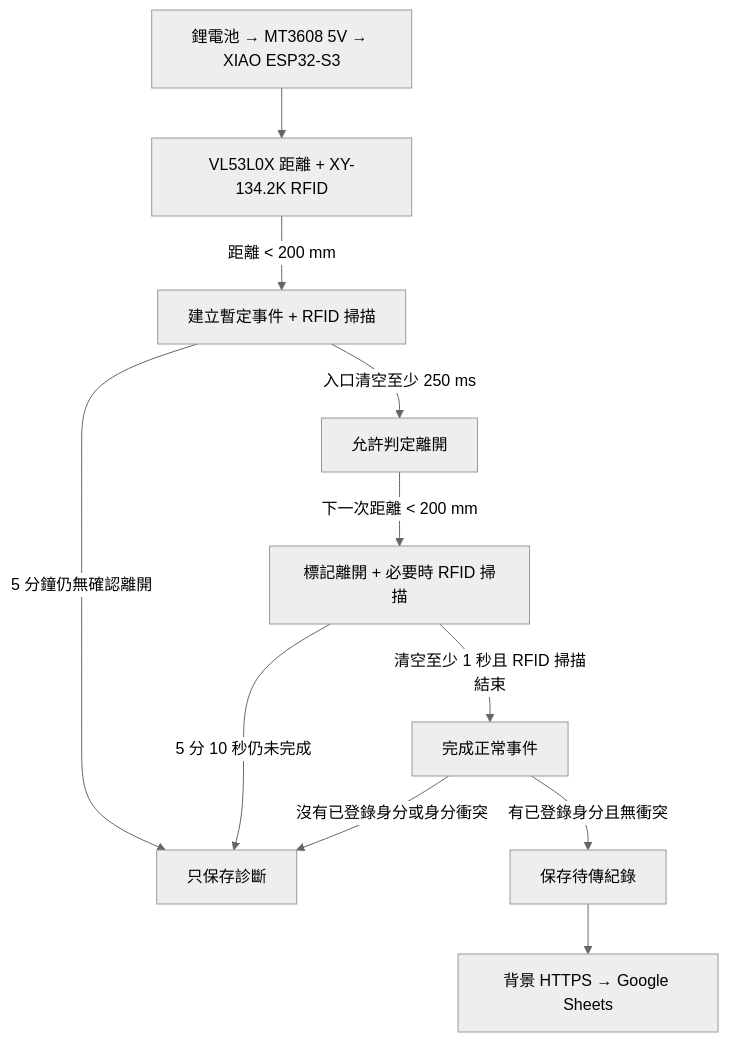
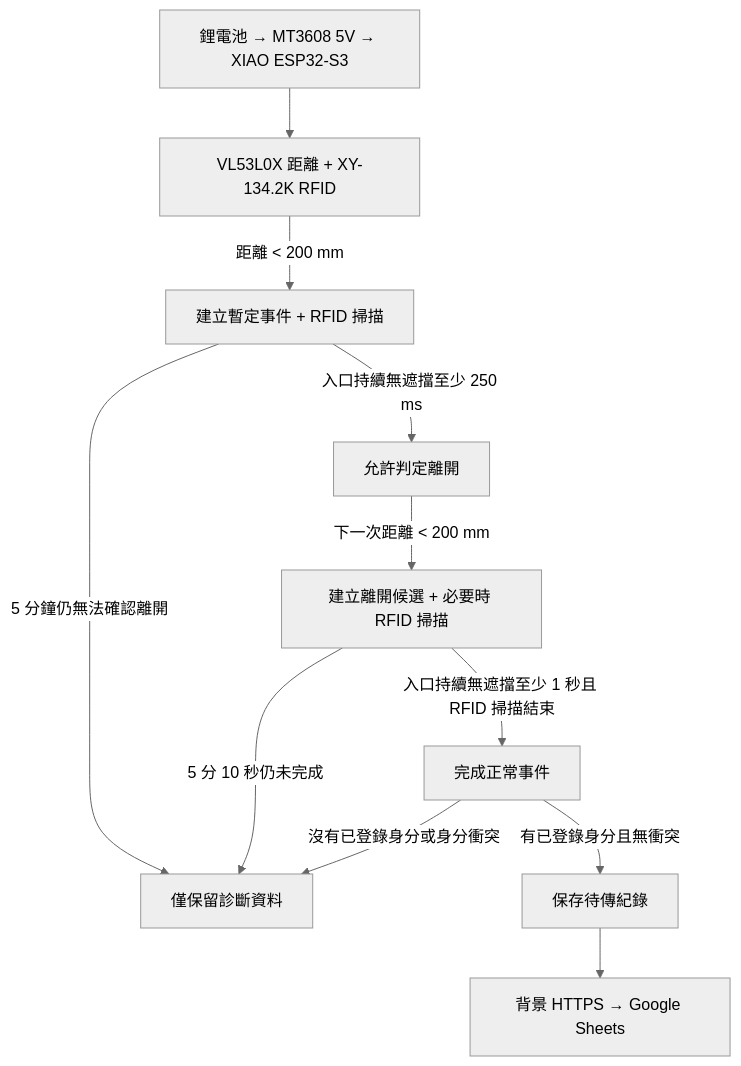
Before and after one commit to ziv50109/smart-litter-cabinet: the diagram in README.zh-TW.md, drawn with Mermaid (neutral theme). The commit also changed other lines of this file and 5 other files, not shown here.

````diff
--- a/README.zh-TW.md
+++ b/README.zh-TW.md
@@ -11,13 +11,13 @@
 ```mermaid
 flowchart TD
     Power[鋰電池 → MT3608 5V → XIAO ESP32-S3] --> Sensors[VL53L0X 距離 + XY-134.2K RFID]
     Sensors -->|距離 < 200 mm| Entry[建立暫定事件 + RFID 掃描]
-    Entry -->|入口清空至少 250 ms| Armed[允許判定離開]
-    Armed -->|下一次距離 < 200 mm| Exit[標記離開 + 必要時 RFID 掃描]
-    Exit -->|清空至少 1 秒且 RFID 掃描結束| Resolve[完成正常事件]
-    Entry -->|5 分鐘仍無確認離開| Diagnostic[只保存診斷]
+    Entry -->|入口持續無遮擋至少 250 ms| Armed[允許判定離開]
+    Armed -->|下一次距離 < 200 mm| Exit[建立離開候選 + 必要時 RFID 掃描]
+    Exit -->|入口持續無遮擋至少 1 秒且 RFID 掃描結束| Resolve[完成正常事件]
+    Entry -->|5 分鐘仍無法確認離開| Diagnostic[僅保留診斷資料]
     Exit -->|5 分 10 秒仍未完成| Diagnostic
     Resolve -->|有已登錄身分且無衝突| Queue[保存待傳紀錄]
     Resolve -->|沒有已登錄身分或身分衝突| Diagnostic
     Queue --> Sheets[背景 HTTPS → Google Sheets]
 ```
````
